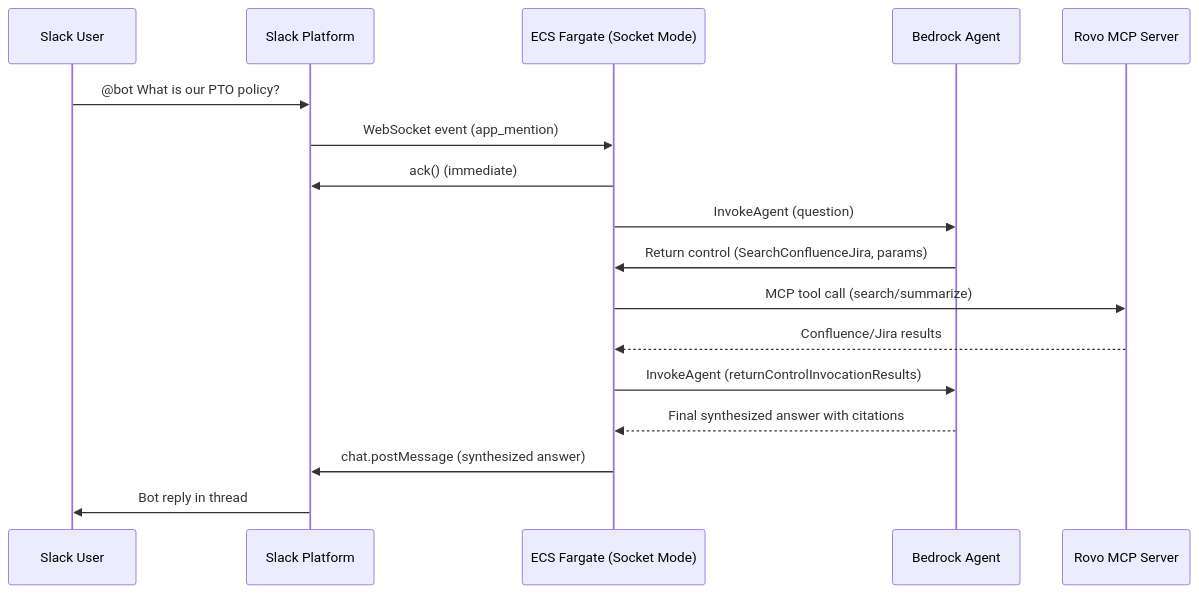
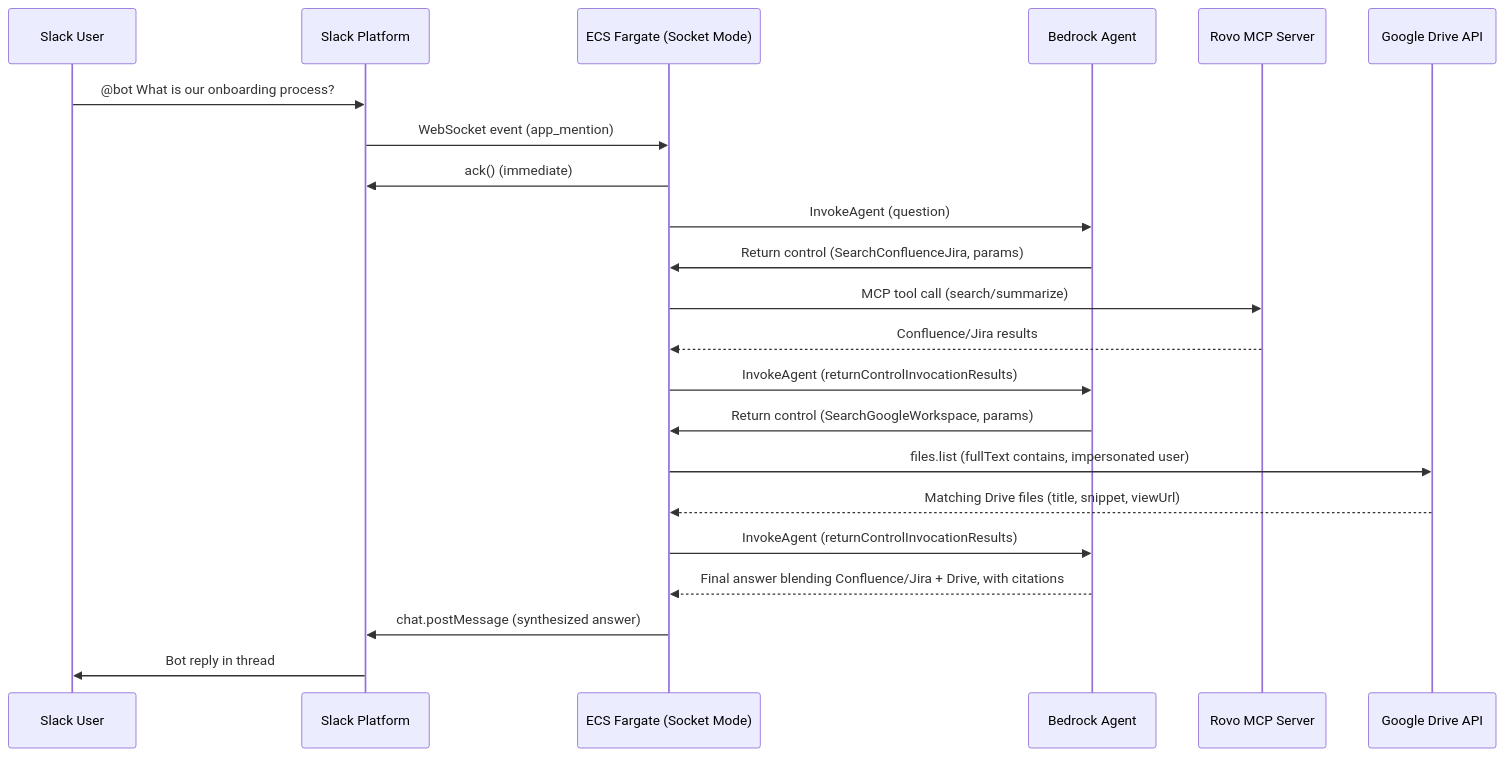
Before and after one commit to Sage-Bionetworks-IT/sage-kb-chatbot: the first of 3 diagrams in .kiro/specs/slack-agent-router/design.md, drawn with Mermaid. The commit also changed other lines of this file and 2 other files, not shown here.

Commit message:
[IT-5379] Add Google Drive knowledge backend to slack-agent-router spec

````diff
--- a/.kiro/specs/slack-agent-router/design.md
+++ b/.kiro/specs/slack-agent-router/design.md
@@ -42,20 +47,25 @@
 ```mermaid
 sequenceDiagram
     participant U as Slack User
     participant S as Slack Platform
     participant ECS as ECS Fargate (Socket Mode)
     participant BA as Bedrock Agent
     participant RV as Rovo MCP Server
+    participant GD as Google Drive API
 
-    U->>S: @bot What is our PTO policy?
+    U->>S: @bot What is our onboarding process?
     S->>ECS: WebSocket event (app_mention)
     ECS->>S: ack() (immediate)
     ECS->>BA: InvokeAgent (question)
     BA->>ECS: Return control (SearchConfluenceJira, params)
     ECS->>RV: MCP tool call (search/summarize)
     RV-->>ECS: Confluence/Jira results
     ECS->>BA: InvokeAgent (returnControlInvocationResults)
-    BA-->>ECS: Final synthesized answer with citations
+    BA->>ECS: Return control (SearchGoogleWorkspace, params)
+    ECS->>GD: files.list (fullText contains, impersonated user)
+    GD-->>ECS: Matching Drive files (title, snippet, viewUrl)
+    ECS->>BA: InvokeAgent (returnControlInvocationResults)
+    BA-->>ECS: Final answer blending Confluence/Jira + Drive, with citations
     ECS->>S: chat.postMessage (synthesized answer)
     S->>U: Bot reply in thread
 ```
````
